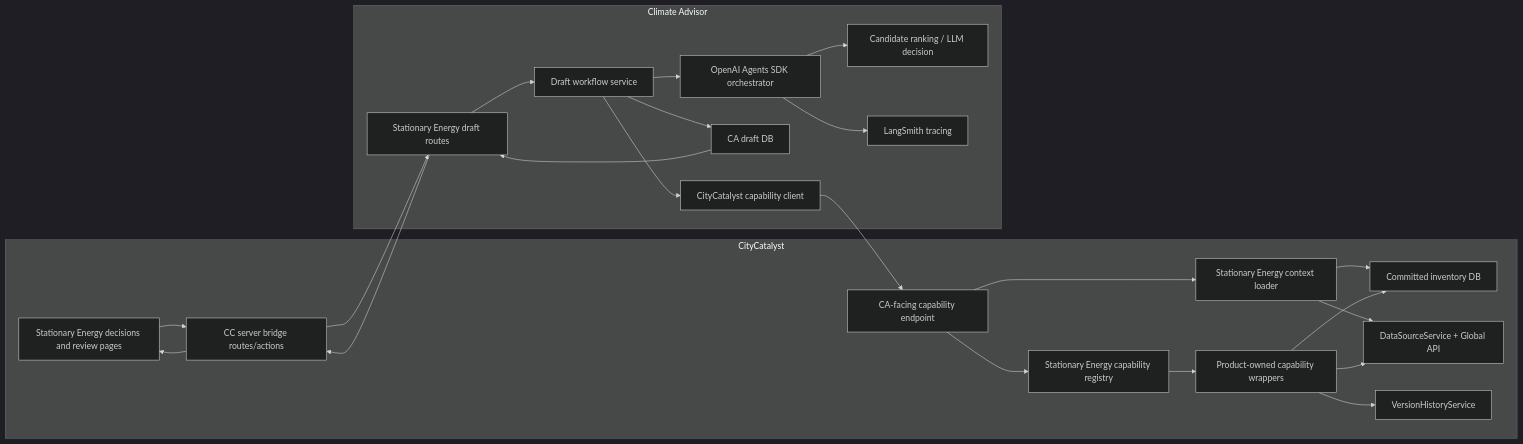
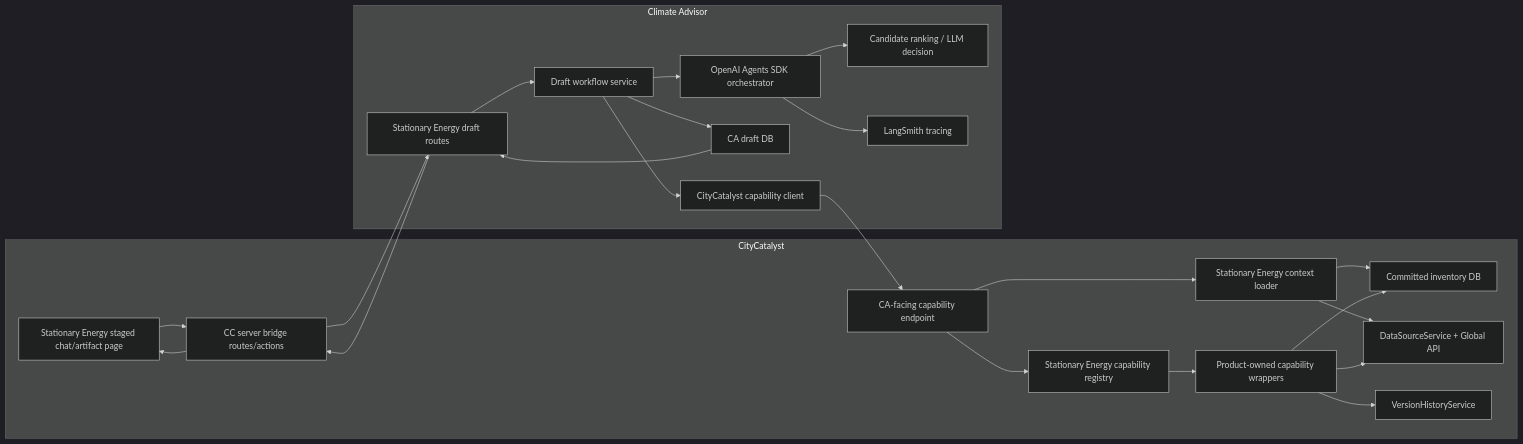
The first of 6 diagrams in docs/plan.md (Open-Earth-Foundation/CityCatalyst), drawn with Mermaid (dark theme) before and after one commit. The commit also changed other lines of this file and 33 other files, not shown here.

First line of the commit message:
Enhance Stationary Energy draft management with new API endpoints and payload structures

````diff
--- a/docs/plan.md
+++ b/docs/plan.md
@@ -250,45 +269,45 @@
 ```mermaid
 flowchart LR
   subgraph CC["CityCatalyst"]
-    UI["Stationary Energy decisions and review pages"]
+    UI["Stationary Energy staged chat/artifact page"]
     CCBRIDGE["CC server bridge routes/actions"]
     CCAPI["CA-facing capability endpoint"]
     Registry["Stationary Energy capability registry"]
     Loader["Stationary Energy context loader"]
     Wrappers["Product-owned capability wrappers"]
     CCDB["Committed inventory DB"]
     Sources["DataSourceService + Global API"]
     History["VersionHistoryService"]
   end
 
   subgraph CA["Climate Advisor"]
     CARoute["Stationary Energy draft routes"]
     Workflow["Draft workflow service"]
     CAClient["CityCatalyst capability client"]
     CADB["CA draft DB"]
     AgentsSDK["OpenAI Agents SDK orchestrator"]
     Ranker["Candidate ranking / LLM decision"]
     Trace["LangSmith tracing"]
   end
 
   UI --> CCBRIDGE
   CCBRIDGE --> CARoute
   CARoute --> Workflow
   Workflow --> CAClient
   CAClient --> CCAPI
   CCAPI --> Registry
   CCAPI --> Loader
   Registry --> Wrappers
   Loader --> CCDB
   Loader --> Sources
   Wrappers --> CCDB
   Wrappers --> Sources
   Wrappers --> History
   Workflow --> AgentsSDK
   AgentsSDK --> Ranker
   AgentsSDK --> Trace
   Workflow --> CADB
   CADB --> CARoute
   CARoute --> CCBRIDGE
   CCBRIDGE --> UI
 ```
````
